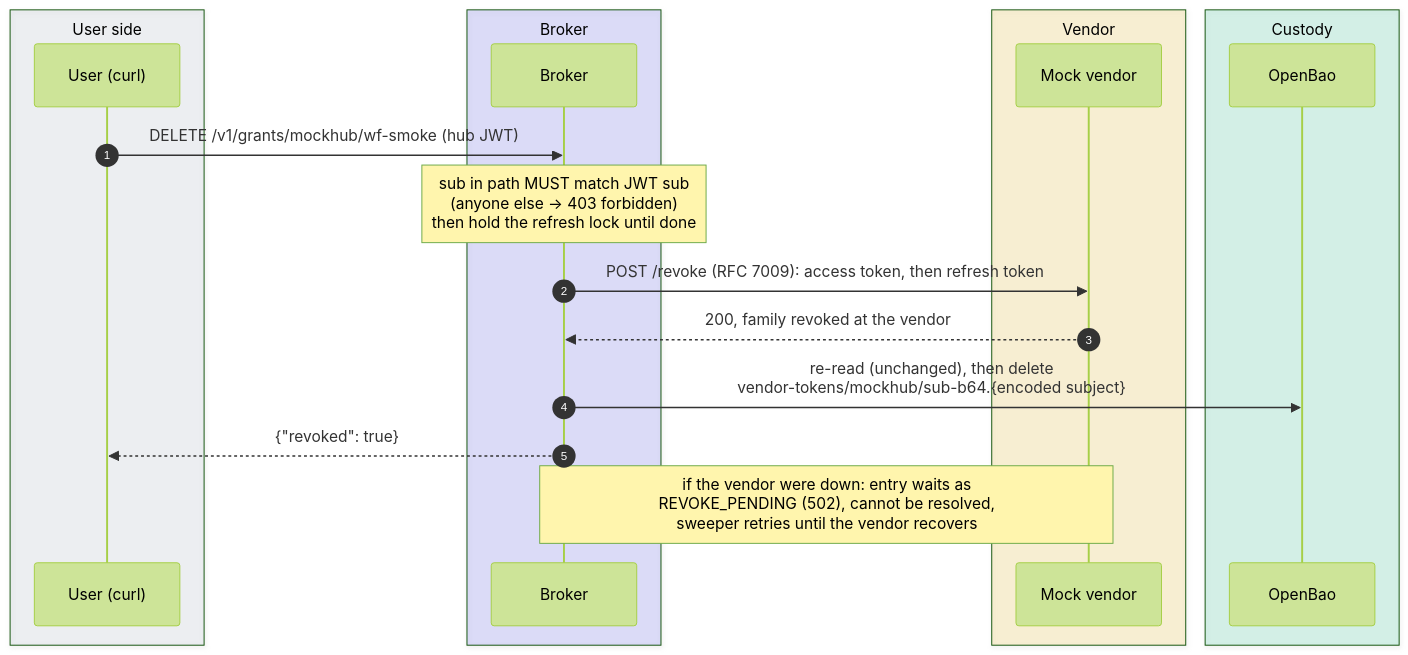
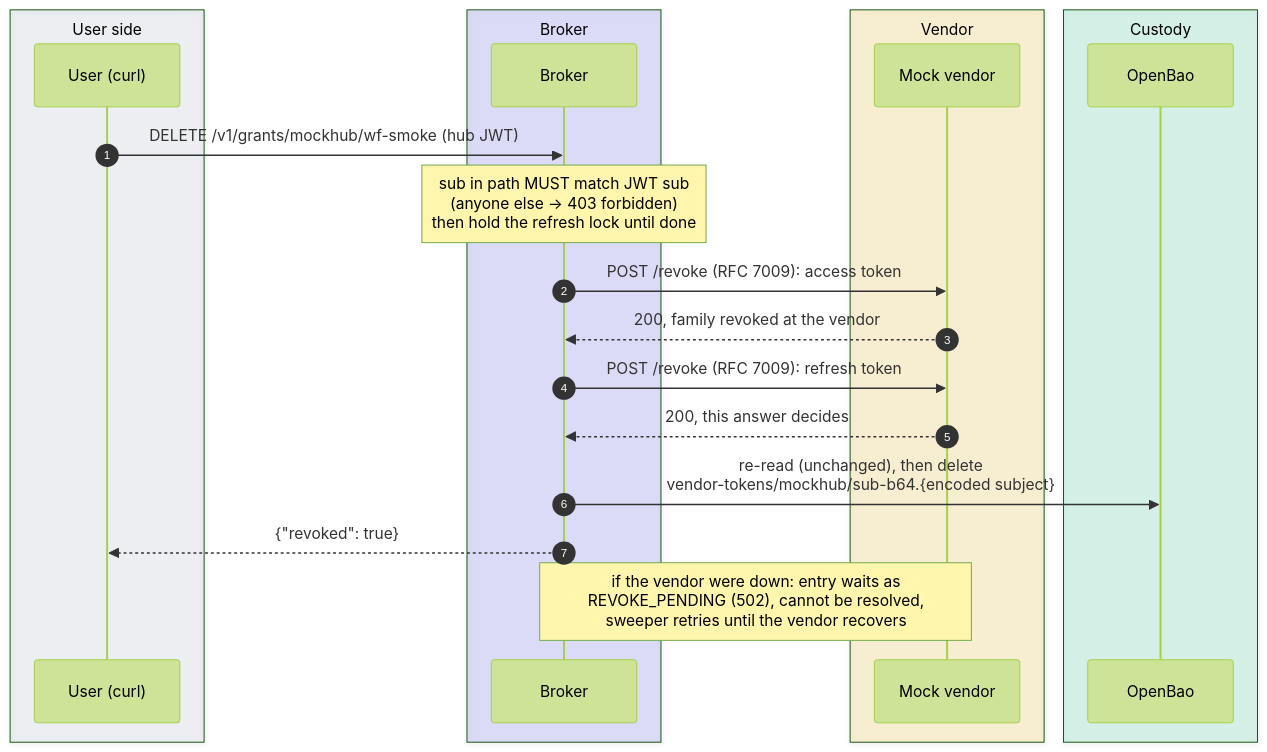
One commit to chief-builder/vendor-token-broker changed the sixth of 7 diagrams in docs/smoke-tests.md. Above: the diagram before and after it, drawn with Mermaid (forest theme). The commit also changed other lines of this file and 15 other files, not shown here.

````diff
--- a/docs/smoke-tests.md
+++ b/docs/smoke-tests.md
@@ -445,23 +445,25 @@
 ```mermaid
 sequenceDiagram
     autonumber
     box rgba(148,163,184,0.14) User side
         participant U as User (curl)
     end
     box rgba(99,102,241,0.20) Broker
         participant B as Broker
     end
     box rgba(234,179,8,0.16) Vendor
         participant M as Mock vendor
     end
     box rgba(16,185,129,0.16) Custody
         participant V as OpenBao
     end
     U->>B: DELETE /v1/grants/mockhub/wf-smoke (hub JWT)
     Note over B: sub in path MUST match JWT sub<br/>(anyone else → 403 forbidden)<br/>then hold the refresh lock until done
-    B->>M: POST /revoke (RFC 7009): access token, then refresh token
+    B->>M: POST /revoke (RFC 7009): access token
     M-->>B: 200, family revoked at the vendor
+    B->>M: POST /revoke (RFC 7009): refresh token
+    M-->>B: 200, this answer decides
     B->>V: re-read (unchanged), then delete<br/>vendor-tokens/mockhub/sub-b64.{encoded subject}
     B-->>U: {"revoked": true}
     Note over B,M: if the vendor were down: entry waits as<br/>REVOKE_PENDING (502), cannot be resolved,<br/>sweeper retries until the vendor recovers
 ```
````
